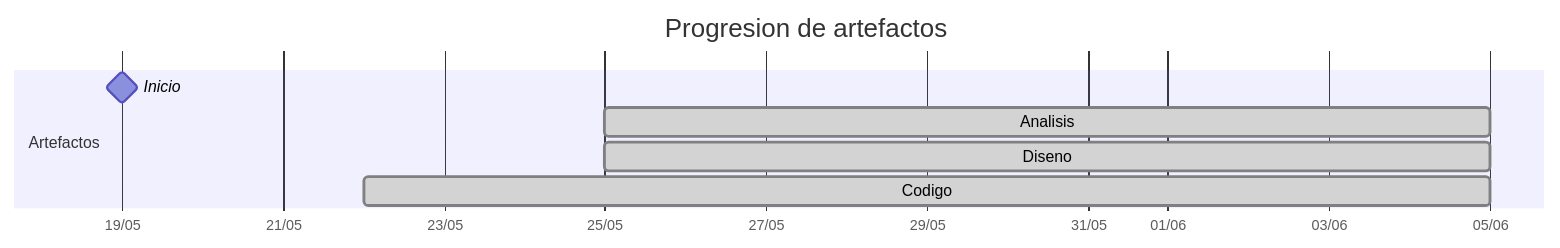
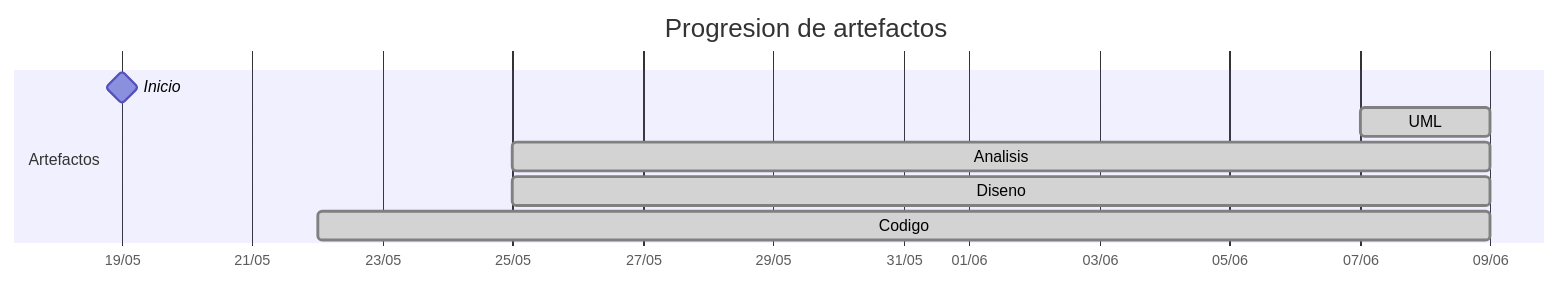
One commit to mmasias/25-26-idsw2-sdVC changed the diagram in TIMELINES/jerdier.md. Above: the diagram before and after it, drawn with Mermaid. The commit also changed other lines of this file and 7 other files, not shown here.

````diff
--- a/TIMELINES/jerdier.md
+++ b/TIMELINES/jerdier.md
@@ -20,11 +20,12 @@
 ```mermaid
 gantt
     title Progresion de artefactos
     dateFormat YYYY-MM-DD
     axisFormat %d/%m
     section Artefactos
         Inicio       :milestone, 2026-05-19, 0d
-        Analisis     :done, 2026-05-25, 2026-06-05
-        Diseno       :done, 2026-05-25, 2026-06-05
-        Codigo       :done, 2026-05-22, 2026-06-05
+        UML          :done, 2026-06-07, 2026-06-09
+        Analisis     :done, 2026-05-25, 2026-06-09
+        Diseno       :done, 2026-05-25, 2026-06-09
+        Codigo       :done, 2026-05-22, 2026-06-09
 ```
````
